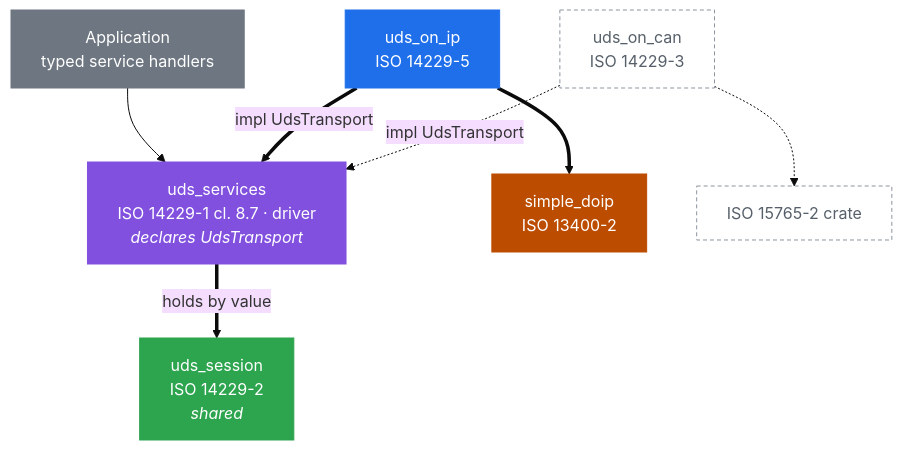
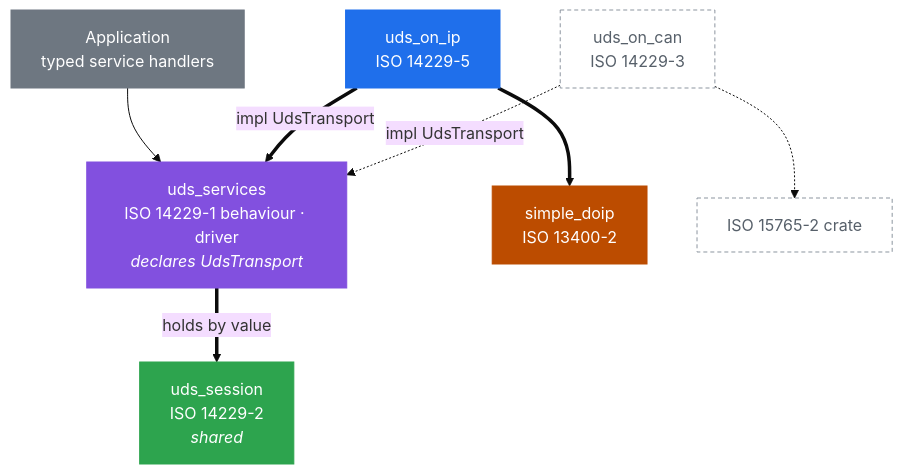
The fourth of 4 diagrams in crates/uds_on_ip/ARCHITECTURE.md (luminartech/uds_stack), drawn with Mermaid (base theme) before and after one commit. The commit also changed other lines of this file and 13 other files, not shown here.

````diff
--- a/crates/uds_on_ip/ARCHITECTURE.md
+++ b/crates/uds_on_ip/ARCHITECTURE.md
@@ -615,30 +615,30 @@
 ```mermaid
 flowchart TB
     APP["Application<br/>typed service handlers"]
-    USVC["uds_services<br/>ISO 14229-1 cl. 8.7 · driver<br/><i>declares UdsTransport</i>"]
+    USVC["uds_services<br/>ISO 14229-1 behaviour · driver<br/><i>declares UdsTransport</i>"]
     US["uds_session<br/>ISO 14229-2<br/><i>shared</i>"]
     UOI["uds_on_ip<br/>ISO 14229-5"]
     UOC["uds_on_can<br/>ISO 14229-3"]
     SD["simple_doip<br/>ISO 13400-2"]
     CAN["ISO 15765-2 crate"]
 
     APP --> USVC
     USVC ==>|"holds by value"| US
     UOI ==>|"impl UdsTransport"| USVC
     UOC -.->|"impl UdsTransport"| USVC
     UOI ==> SD
     UOC -.-> CAN
 
     classDef onip fill:#1f6feb,color:#ffffff,stroke:#1f6feb
     classDef sess fill:#2da44e,color:#ffffff,stroke:#2da44e
     classDef doip fill:#bc4c00,color:#ffffff,stroke:#bc4c00
     classDef svc fill:#8250df,color:#ffffff,stroke:#8250df
     classDef future fill:#ffffff,color:#57606a,stroke:#8c959f,stroke-dasharray:4 3
     classDef plain fill:#6e7781,color:#ffffff,stroke:#6e7781
     class UOI onip
     class US sess
     class SD doip
     class USVC svc
     class UOC,CAN future
     class APP plain
 ```
````
